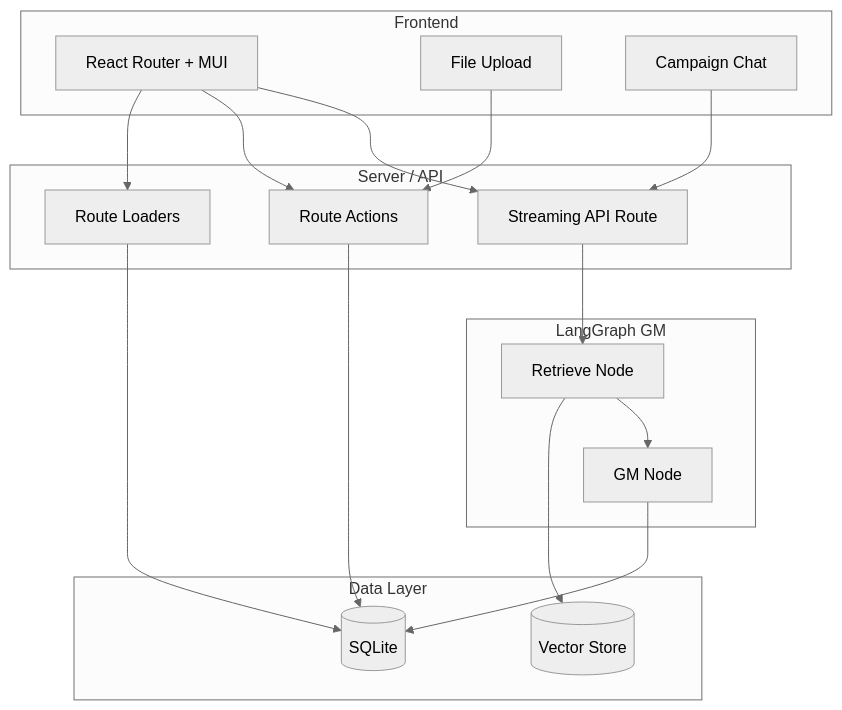
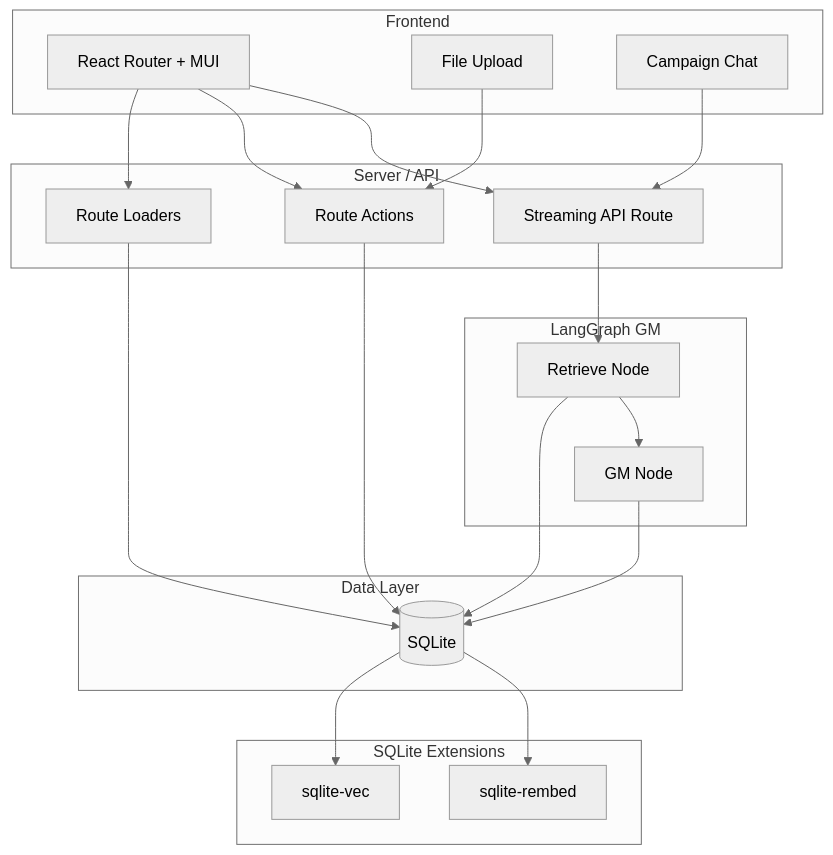
The diagram in .cursor/plans/ai_game_master_web_app_5bdee6fc.plan.md (calebjacob/gm), drawn with Mermaid (neutral theme) before and after one commit. The commit also changed other lines of this file, not shown here.

````diff
--- a/.cursor/plans/ai_game_master_web_app_5bdee6fc.plan.md
+++ b/.cursor/plans/ai_game_master_web_app_5bdee6fc.plan.md
@@ -12,32 +12,37 @@
 ```mermaid
 flowchart TB
   subgraph client [Frontend]
     UI[React Router + MUI]
     Upload[File Upload]
     Chat[Campaign Chat]
   end
   subgraph server [Server / API]
     Loaders[Route Loaders]
     Actions[Route Actions]
     API[Streaming API Route]
   end
   subgraph data [Data Layer]
     SQLite[(SQLite)]
-    VectorStore[(Vector Store)]
+  end
+  subgraph sqlite_ext [SQLite Extensions]
+    Vec[sqlite-vec]
+    Rembed[sqlite-rembed]
   end
   subgraph agent [LangGraph GM]
     Retrieve[Retrieve Node]
     GM[GM Node]
   end
   UI --> Loaders
   UI --> Actions
   UI --> API
   Upload --> Actions
   Chat --> API
   Actions --> SQLite
   API --> Retrieve
-  Retrieve --> VectorStore
+  Retrieve --> SQLite
+  SQLite --> Vec
+  SQLite --> Rembed
   Retrieve --> GM
   GM --> SQLite
   Loaders --> SQLite
 ```
````
